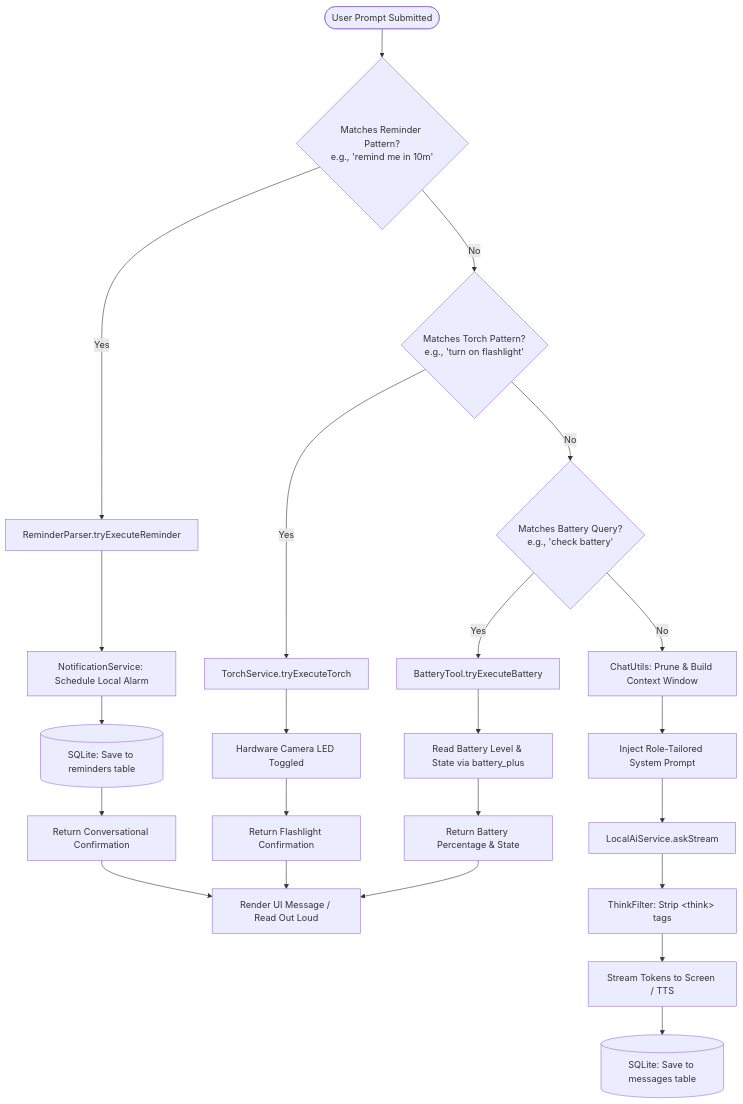
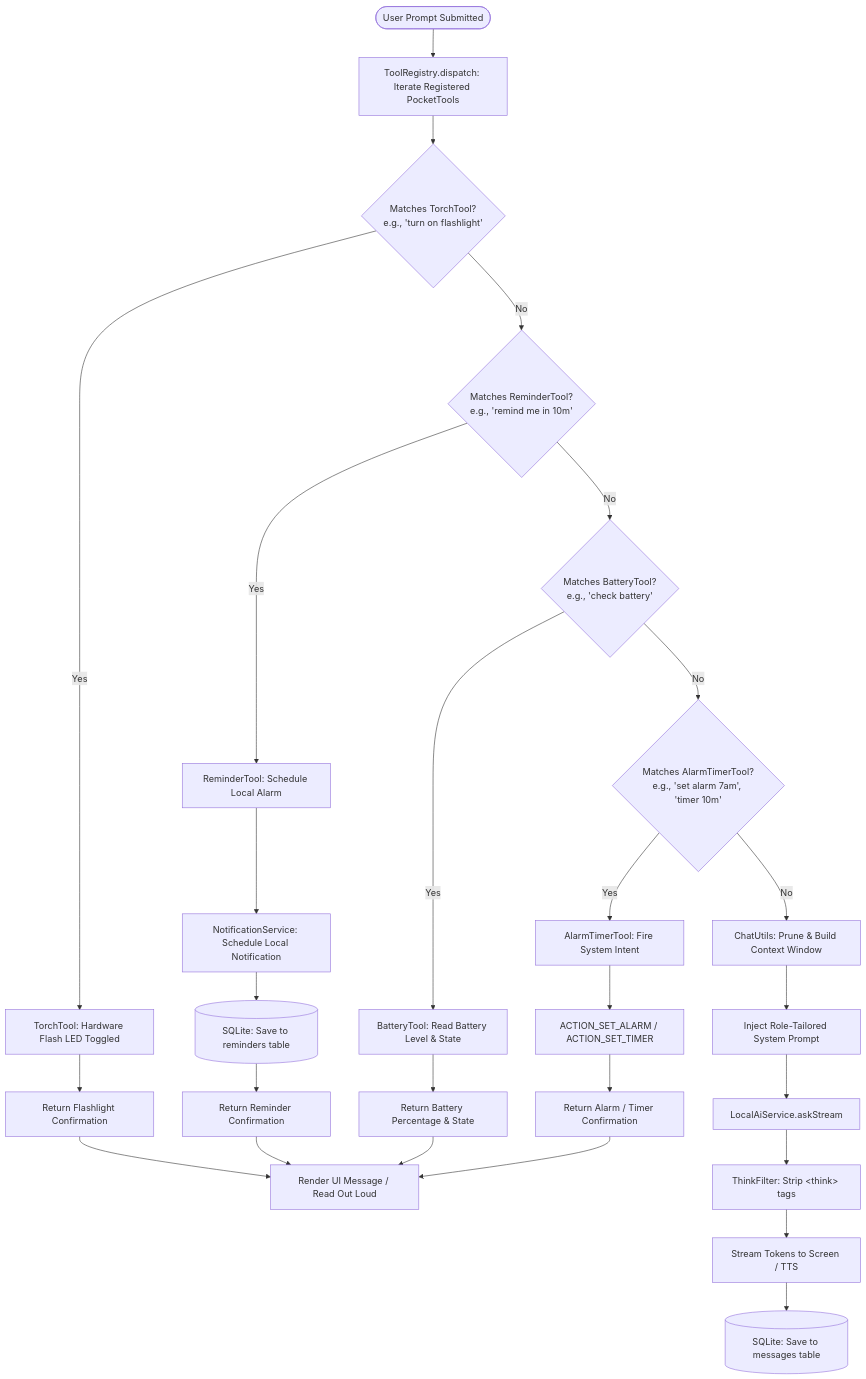
Before and after one commit to SubramanyaKS/PocketAI: the third of 5 diagrams in docs/architecture.md, drawn with Mermaid. The commit also changed other lines of this file and 16 other files, not shown here.

Commit message:
added alarm and timer tool

````diff
--- a/docs/architecture.md
+++ b/docs/architecture.md
@@ -138,31 +145,34 @@
 ```mermaid
 flowchart TD
-    Input([User Prompt Submitted]) --> CheckReminder{Matches Reminder Pattern?<br/>e.g., 'remind me in 10m'}
+    Input([User Prompt Submitted]) --> Dispatch[ToolRegistry.dispatch: Iterate Registered PocketTools]
     
-    CheckReminder -- Yes --> ExecReminder[ReminderParser.tryExecuteReminder]
-    ExecReminder --> SchedNotif[NotificationService: Schedule Local Alarm]
+    Dispatch --> CheckTorch{Matches TorchTool?<br/>e.g., 'turn on flashlight'}
+    CheckTorch -- Yes --> ExecTorch[TorchTool: Hardware Flash LED Toggled]
+    ExecTorch --> ReturnTorchReply[Return Flashlight Confirmation]
+    ReturnTorchReply --> DisplayBubble[Render UI Message / Read Out Loud]
+
+    CheckTorch -- No --> CheckReminder{Matches ReminderTool?<br/>e.g., 'remind me in 10m'}
+    CheckReminder -- Yes --> ExecReminder[ReminderTool: Schedule Local Alarm]
+    ExecReminder --> SchedNotif[NotificationService: Schedule Local Notification]
     SchedNotif --> SaveRemindDB[(SQLite: Save to reminders table)]
-    SaveRemindDB --> ReturnRemindReply[Return Conversational Confirmation]
-    ReturnRemindReply --> DisplayBubble[Render UI Message / Read Out Loud]
+    SaveRemindDB --> ReturnRemindReply[Return Reminder Confirmation]
+    ReturnRemindReply --> DisplayBubble
 
-    CheckReminder -- No --> CheckTorch{Matches Torch Pattern?<br/>e.g., 'turn on flashlight'}
-    
-    CheckTorch -- Yes --> ExecTorch[TorchService.tryExecuteTorch]
-    ExecTorch --> HWSwitch[Hardware Camera LED Toggled]
-    HWSwitch --> ReturnTorchReply[Return Flashlight Confirmation]
-    ReturnTorchReply --> DisplayBubble
-
-    CheckTorch -- No --> CheckBattery{Matches Battery Query?<br/>e.g., 'check battery'}
-    
-    CheckBattery -- Yes --> ExecBattery[BatteryTool.tryExecuteBattery]
-    ExecBattery --> ReadBattery[Read Battery Level & State via battery_plus]
-    ReadBattery --> ReturnBatReply[Return Battery Percentage & State]
+    CheckReminder -- No --> CheckBattery{Matches BatteryTool?<br/>e.g., 'check battery'}
+    CheckBattery -- Yes --> ExecBattery[BatteryTool: Read Battery Level & State]
+    ExecBattery --> ReturnBatReply[Return Battery Percentage & State]
     ReturnBatReply --> DisplayBubble
 
-    CheckBattery -- No --> FormatContext[ChatUtils: Prune & Build Context Window]
+    CheckBattery -- No --> CheckAlarm{Matches AlarmTimerTool?<br/>e.g., 'set alarm 7am', 'timer 10m'}
+    CheckAlarm -- Yes --> ExecAlarm[AlarmTimerTool: Fire System Intent]
+    ExecAlarm --> ClockAppAction[ACTION_SET_ALARM / ACTION_SET_TIMER]
+    ClockAppAction --> ReturnAlarmReply[Return Alarm / Timer Confirmation]
+    ReturnAlarmReply --> DisplayBubble
+
+    CheckAlarm -- No --> FormatContext[ChatUtils: Prune & Build Context Window]
     FormatContext --> SystemPrompt[Inject Role-Tailored System Prompt]
     SystemPrompt --> StreamGen[LocalAiService.askStream]
     StreamGen --> Filter[ThinkFilter: Strip &lt;think&gt; tags]
     Filter --> RenderChunk[Stream Tokens to Screen / TTS]
     RenderChunk --> SaveChatDB[(SQLite: Save to messages table)]
 ```
````
